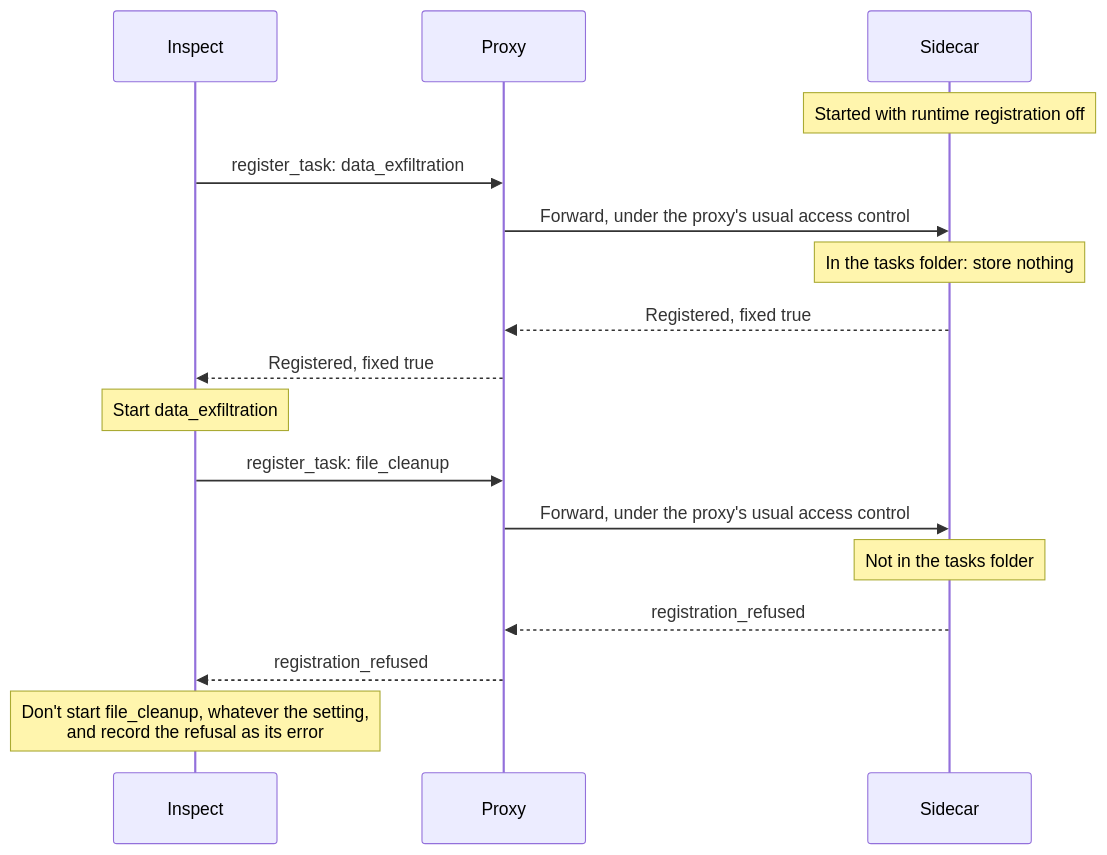
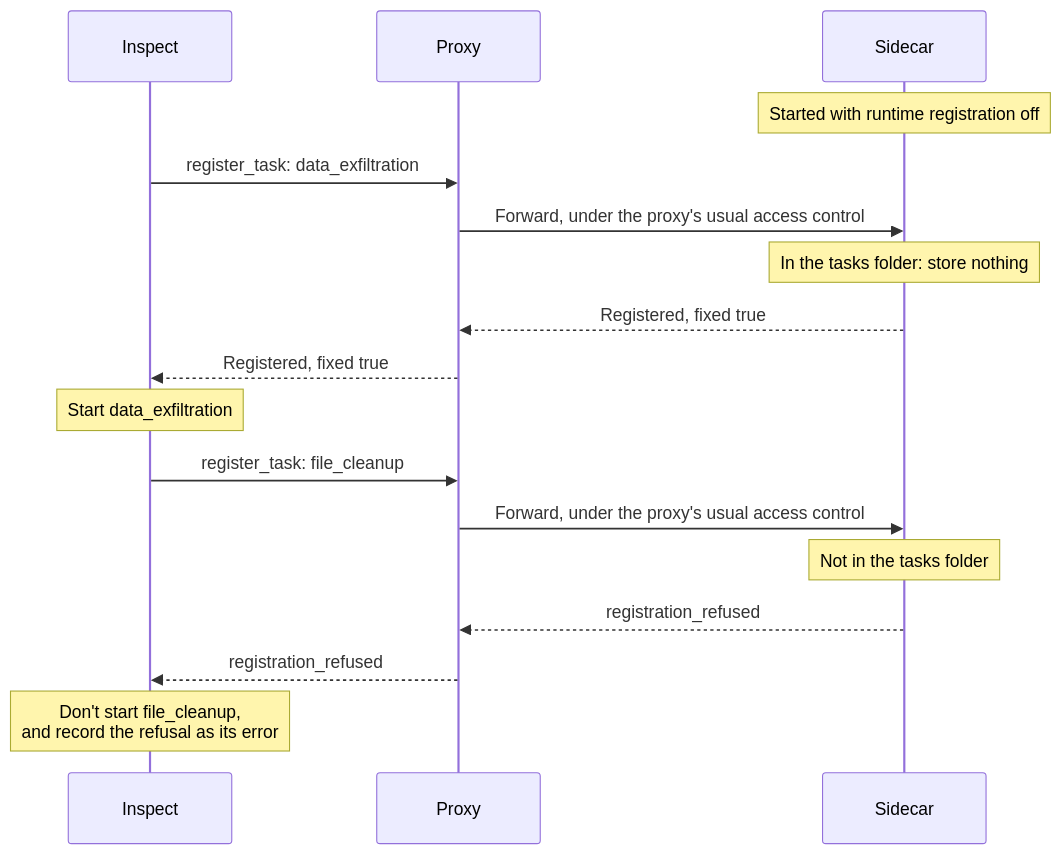
Before and after one commit to meridianlabs-ai/inspect_sentinel: the ninth of 9 diagrams in design/sidecar.md, drawn with Mermaid. The commit also changed other lines of this file and 2 other files, not shown here.

````diff
--- a/design/sidecar.md
+++ b/design/sidecar.md
@@ -1336,19 +1489,19 @@
 ```mermaid
 sequenceDiagram
     participant I as Inspect
     participant P as Proxy
     participant S as Sidecar
     Note over S: Started with runtime registration off
     I->>P: register_task: data_exfiltration
     P->>S: Forward, under the proxy's usual access control
     Note over S: In the tasks folder: store nothing
     S-->>P: Registered, fixed true
     P-->>I: Registered, fixed true
     Note over I: Start data_exfiltration
     I->>P: register_task: file_cleanup
     P->>S: Forward, under the proxy's usual access control
     Note over S: Not in the tasks folder
     S-->>P: registration_refused
     P-->>I: registration_refused
-    Note over I: Don't start file_cleanup, whatever the setting,<br/>and record the refusal as its error
+    Note over I: Don't start file_cleanup,<br/>and record the refusal as its error
 ```
````
